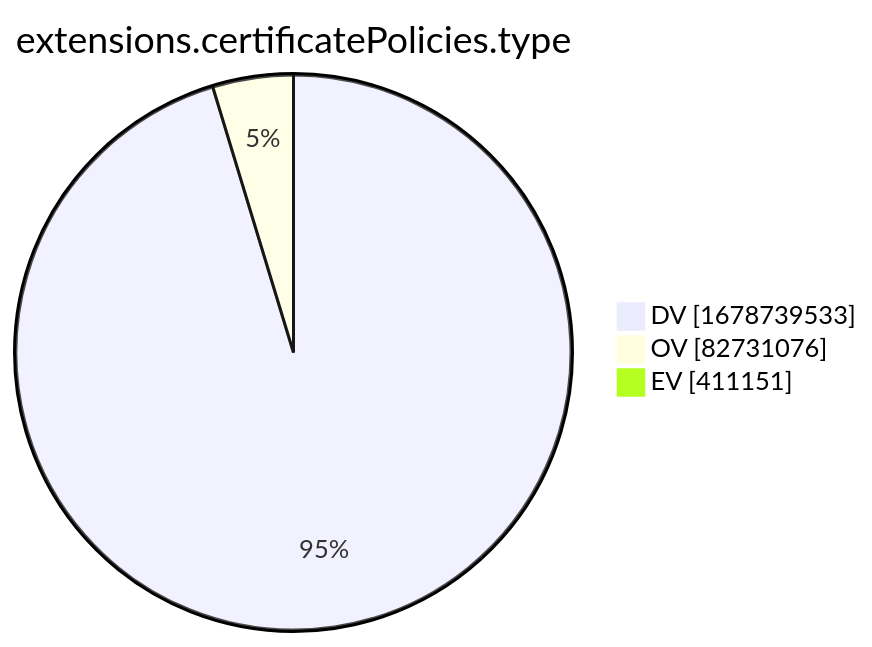
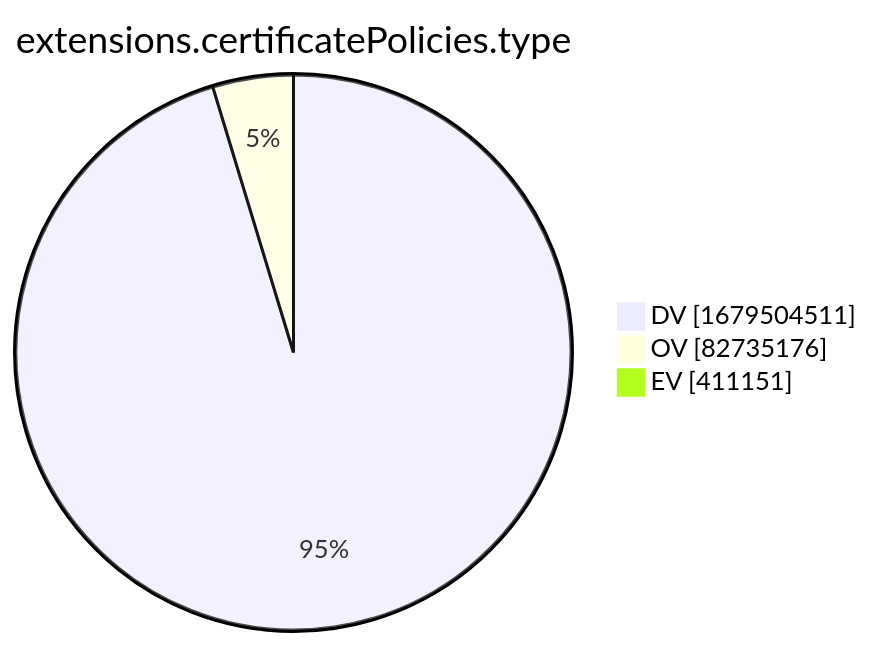
One commit to christiankrug/ctmonitor_visualization changed the tenth of 15 diagrams in xenon2022/README.md. Above: the diagram before and after it, drawn with Mermaid. The commit also changed other lines of this file, not shown here.

````diff
--- a/xenon2022/README.md
+++ b/xenon2022/README.md
@@ -2881,7 +2881,7 @@
 ```mermaid
 pie showData
 title extensions.certificatePolicies.type
-"DV" :1678739533
-"OV" :82731076
+"DV" :1679504511
+"OV" :82735176
 "EV" :411151
 ```
````
